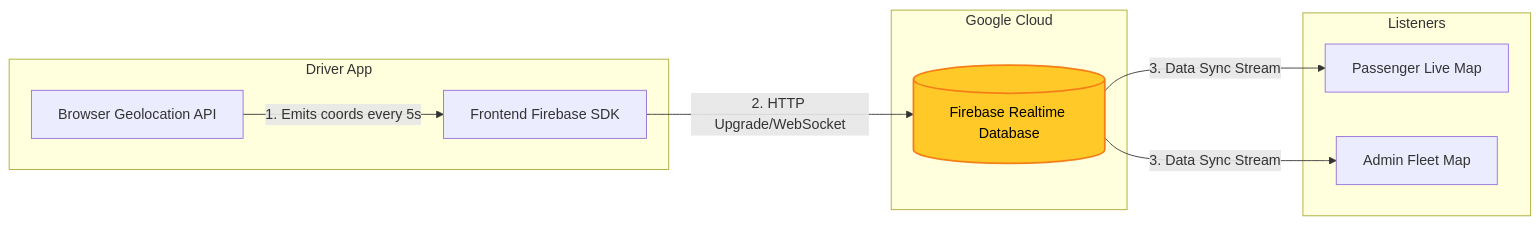
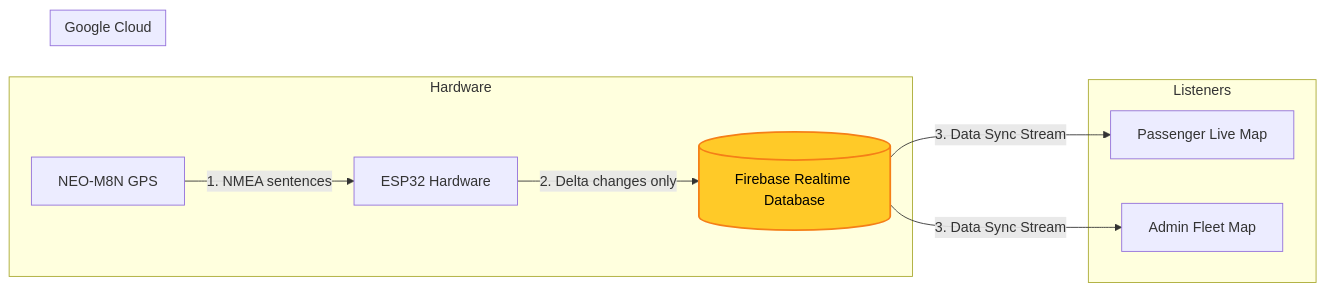
One commit to notnamansinha/Eki changed the third of 4 diagrams in docs/architecture.md. Above: the diagram before and after it, drawn with Mermaid. The commit also changed other lines of this file and 2 other files, not shown here.

First line of the commit message:
docs: comprehensive rewrite of architecture and optimizations

````diff
--- a/docs/architecture.md
+++ b/docs/architecture.md
@@ -90,23 +90,23 @@
 ```mermaid
 graph LR
-    subgraph Client [Driver App]
-        GPS1[Browser Geolocation API]
-        GPS1 -->|1. Emits coords every 5s| DBClient[Frontend Firebase SDK]
+    subgraph Edge Layer [Hardware]
+        GPS1[NEO-M8N GPS]
+        ESP[ESP32 Hardware]
+        GPS1 -->|1. NMEA sentences| ESP
+        ESP -->|2. Delta changes only| RTDB
     end
 
     subgraph Firebase [Google Cloud]
         RTDB[( Firebase Realtime Database )]
     end
 
     subgraph Subscribers [Listeners]
         PApp[Passenger Live Map]
         AApp[Admin Fleet Map]
     end
-
-    DBClient -->|2. HTTP Upgrade/WebSocket| RTDB
     
     RTDB -->|3. Data Sync Stream| PApp
     RTDB -->|3. Data Sync Stream| AApp
 
     style RTDB fill:#ffca28,stroke:#f57f17,stroke-width:2px,color:black
 ```
````
